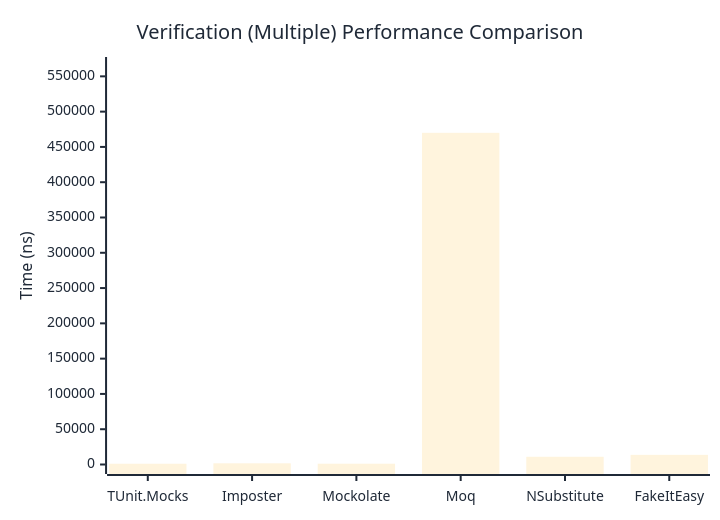
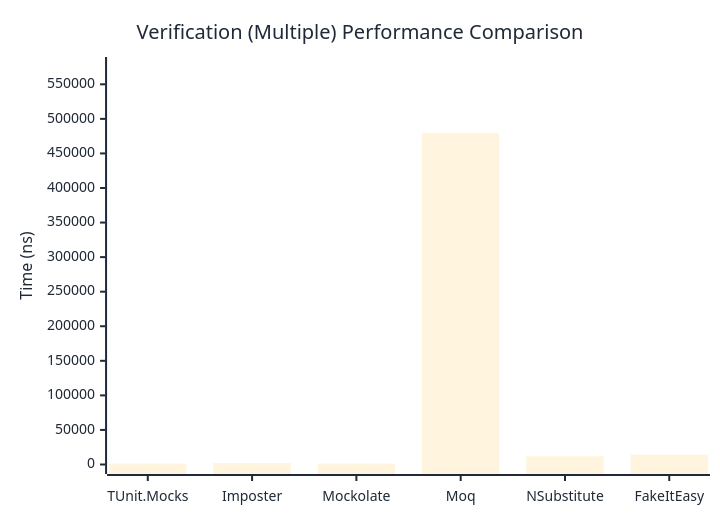
Before and after one commit to thomhurst/TUnit: the third of 3 diagrams in docs/docs/benchmarks/mocks/Verification.md, drawn with Mermaid. The commit also changed other lines of this file and 14 other files, not shown here.

````diff
--- a/docs/docs/benchmarks/mocks/Verification.md
+++ b/docs/docs/benchmarks/mocks/Verification.md
@@ -110,27 +110,27 @@
 ```mermaid
 %%{init: {
   'theme':'base',
   'themeVariables': {
     'primaryColor': '#2563eb',
     'primaryTextColor': '#1f2937',
     'primaryBorderColor': '#1e40af',
     'lineColor': '#6b7280',
     'secondaryColor': '#7c3aed',
     'tertiaryColor': '#dc2626',
     'background': '#ffffff',
     'pie1': '#2563eb',
     'pie2': '#7c3aed',
     'pie3': '#dc2626',
     'pie4': '#f59e0b',
     'pie5': '#10b981',
     'pie6': '#06b6d4',
     'pie7': '#ec4899',
     'pie8': '#6366f1'
   }
 }}%%
 xychart-beta
   title "Verification (Multiple) Performance Comparison"
   x-axis ["TUnit.Mocks", "Imposter", "Mockolate", "Moq", "NSubstitute", "FakeItEasy"]
-  y-axis "Time (ns)" 0 --> 563952
-  bar [1096.19, 1692.78, 1123.05, 469959.98, 10952.86, 13670.33]
+  y-axis "Time (ns)" 0 --> 575756
+  bar [1245.26, 1971.88, 1269.81, 479796.25, 11809.38, 14325.62]
 ```
````
